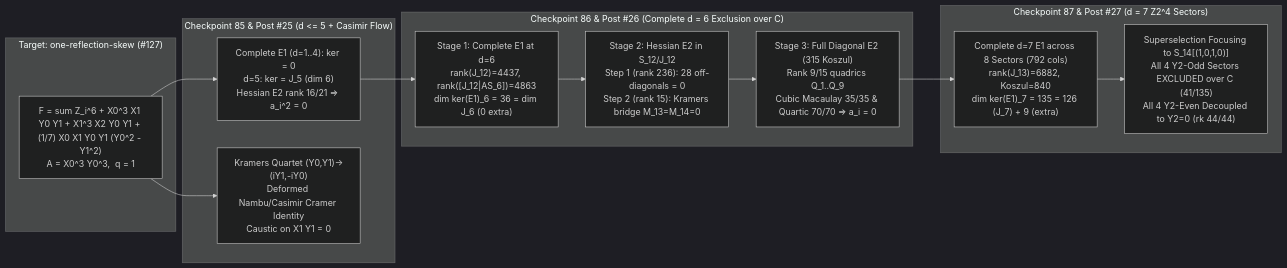
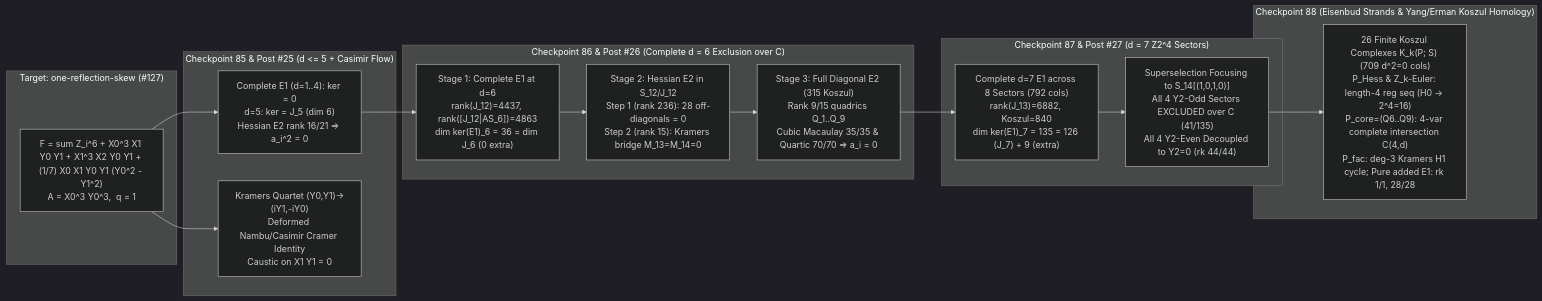
The diagram in LEDGER.md (rbajaj5/hodge-lab), drawn with Mermaid (dark theme) before and after one commit. The commit also changed other lines of this file and 5 other files, not shown here.

Commit message:
Add Checkpoint 88 Eisenbud graded strands and finite Koszul homology (H0 vs H1) analysis for one-reflection-skew [skip ci]

````diff
--- a/LEDGER.md
+++ b/LEDGER.md
@@ -18,23 +18,26 @@
 ```mermaid
 flowchart LR
     subgraph target["Target: one-reflection-skew (#127)"]
         F["F = sum Z_i^6 + X0^3 X1 Y0 Y1 + X1^3 X2 Y0 Y1 + (1/7) X0 X1 Y0 Y1 (Y0^2 - Y1^2)<br/>A = X0^3 Y0^3,  q = 1"]
     end
     subgraph cp85["Checkpoint 85 & Post #25 (d <= 5 + Casimir Flow)"]
         E1_5["Complete E1 (d=1..4): ker = 0<br/>d=5: ker = J_5 (dim 6)<br/>Hessian E2 rank 16/21 => a_i^2 = 0"]
         NAMBU["Kramers Quartet (Y0,Y1)->(iY1,-iY0)<br/>Deformed Nambu/Casimir Cramer Identity<br/>Caustic on X1 Y1 = 0"]
     end
     subgraph cp86["Checkpoint 86 & Post #26 (Complete d = 6 Exclusion over C)"]
         E1_6["Stage 1: Complete E1 at d=6<br/>rank(J_12)=4437, rank([J_12|AS_6])=4863<br/>dim ker(E1)_6 = 36 = dim J_6 (0 extra)"]
         E2_H["Stage 2: Hessian E2 in S_12/J_12<br/>Step 1 (rank 236): 28 off-diagonals = 0<br/>Step 2 (rank 15): Kramers bridge M_13=M_14=0"]
         E2_D["Stage 3: Full Diagonal E2 (315 Koszul)<br/>Rank 9/15 quadrics Q_1..Q_9<br/>Cubic Macaulay 35/35 & Quartic 70/70 => a_i = 0"]
     end
     subgraph cp87["Checkpoint 87 & Post #27 (d = 7 Z2^4 Sectors)"]
         E1_7["Complete d=7 E1 across 8 Sectors (792 cols)<br/>rank(J_13)=6882, Koszul=840<br/>dim ker(E1)_7 = 135 = 126 (J_7) + 9 (extra)"]
         E2_7["Superselection Focusing to S_14[(1,0,1,0)]<br/>All 4 Y2-Odd Sectors EXCLUDED over C (41/135)<br/>All 4 Y2-Even Decoupled to Y2=0 (rk 44/44)"]
     end
+    subgraph cp88["Checkpoint 88 (Eisenbud Strands & Yang/Erman Koszul Homology)"]
+        KH["26 Finite Koszul Complexes K_k(P; S) (709 d^2=0 cols)<br/>P_Hess & Z_k-Euler: length-4 reg seq (H0 -> 2^4=16)<br/>P_core=(Q6..Q9): 4-var complete intersection C(4,d)<br/>P_fac: deg-3 Kramers H1 cycle; Pure added E1: rk 1/1, 28/28"]
+    end
     F --> E1_5
     F --> NAMBU
     E1_5 --> E1_6
-    E1_6 --> E2_H --> E2_D --> E1_7 --> E2_7
+    E1_6 --> E2_H --> E2_D --> E1_7 --> E2_7 --> KH
 ```
````
